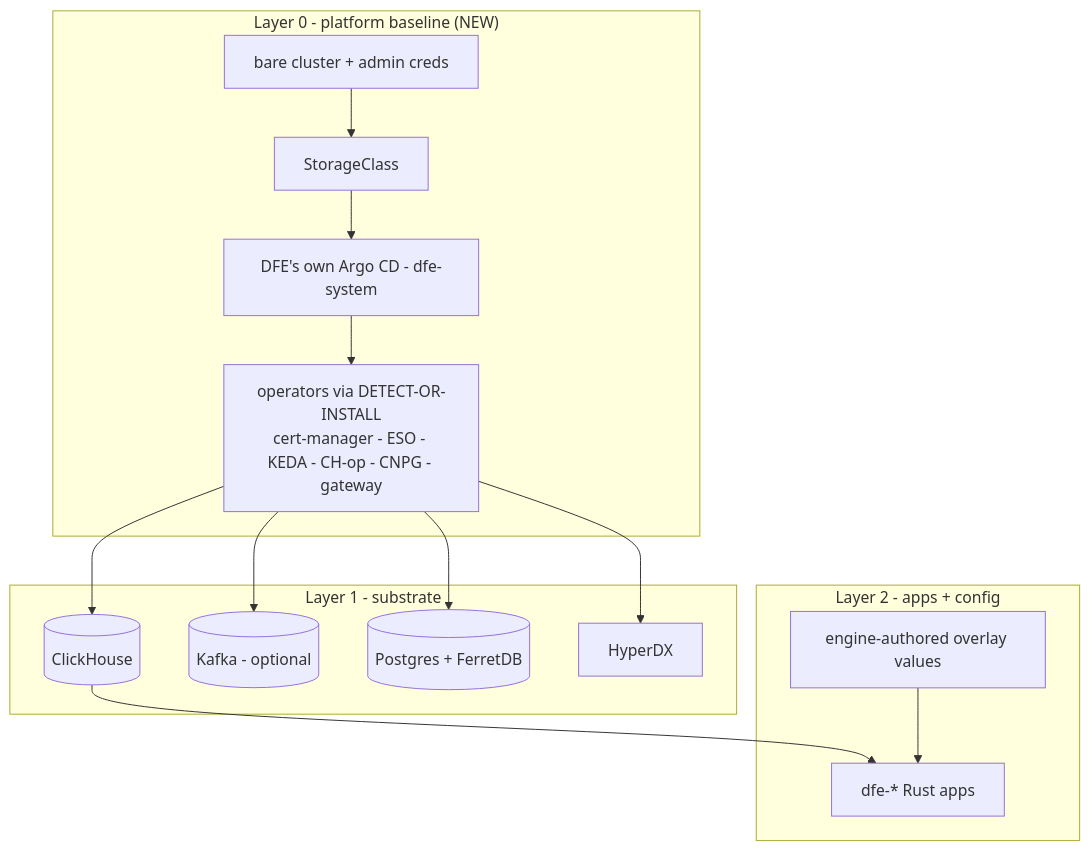
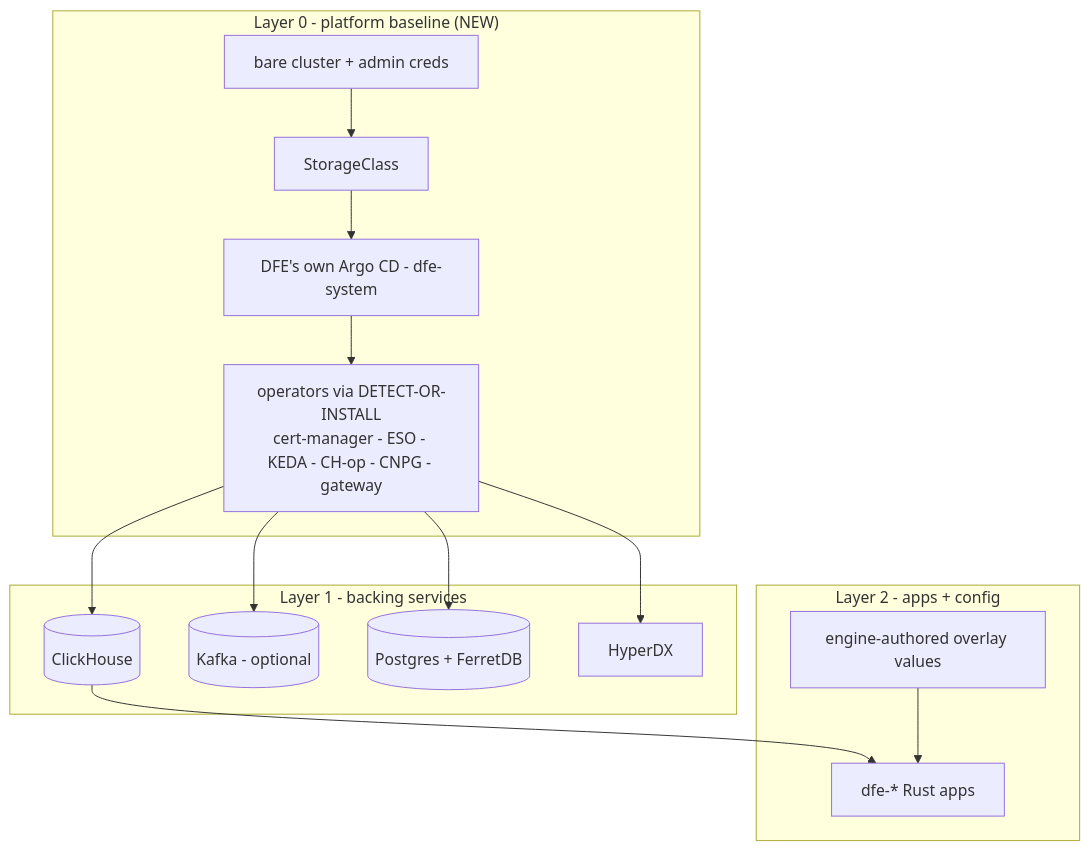
The fourth of 5 diagrams in docs/ARCHITECTURE.md (hyperi-io/dfe-engine), drawn with Mermaid before and after one commit. The commit also changed other lines of this file and 1 other file, not shown here.

First line of the commit message:
docs: backing-services swap matrix + terminology

````diff
--- a/docs/ARCHITECTURE.md
+++ b/docs/ARCHITECTURE.md
@@ -349,23 +349,23 @@
 ```mermaid
 graph TB
     subgraph L0["Layer 0 - platform baseline (NEW)"]
         BARE[bare cluster + admin creds]
         STORE[StorageClass]
         DARGO[DFE's own Argo CD - dfe-system]
         OPS[operators via DETECT-OR-INSTALL<br/>cert-manager - ESO - KEDA - CH-op - CNPG - gateway]
     end
-    subgraph L1["Layer 1 - substrate"]
+    subgraph L1["Layer 1 - backing services"]
         CH[(ClickHouse)]
         KAFKA[(Kafka - optional)]
         PG[(Postgres + FerretDB)]
         HDX[HyperDX]
     end
     subgraph L2["Layer 2 - apps + config"]
         RUST[dfe-* Rust apps]
         OVERLAY[engine-authored overlay values]
     end
     BARE --> STORE --> DARGO --> OPS
     OPS --> CH & KAFKA & PG & HDX
     CH --> RUST
     OVERLAY --> RUST
 ```
````
